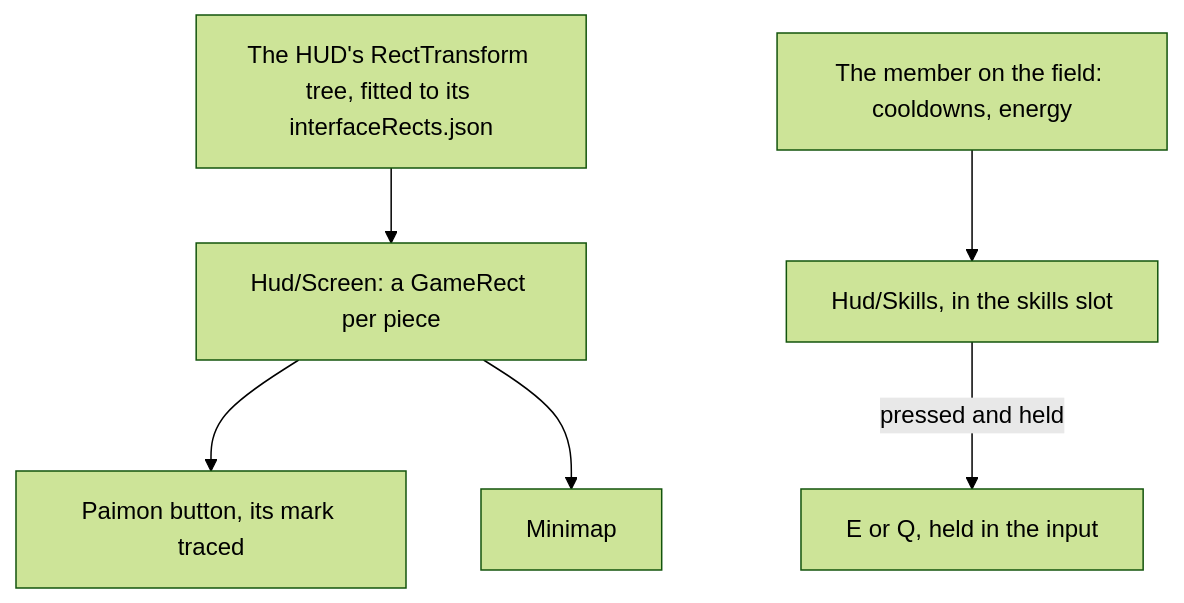
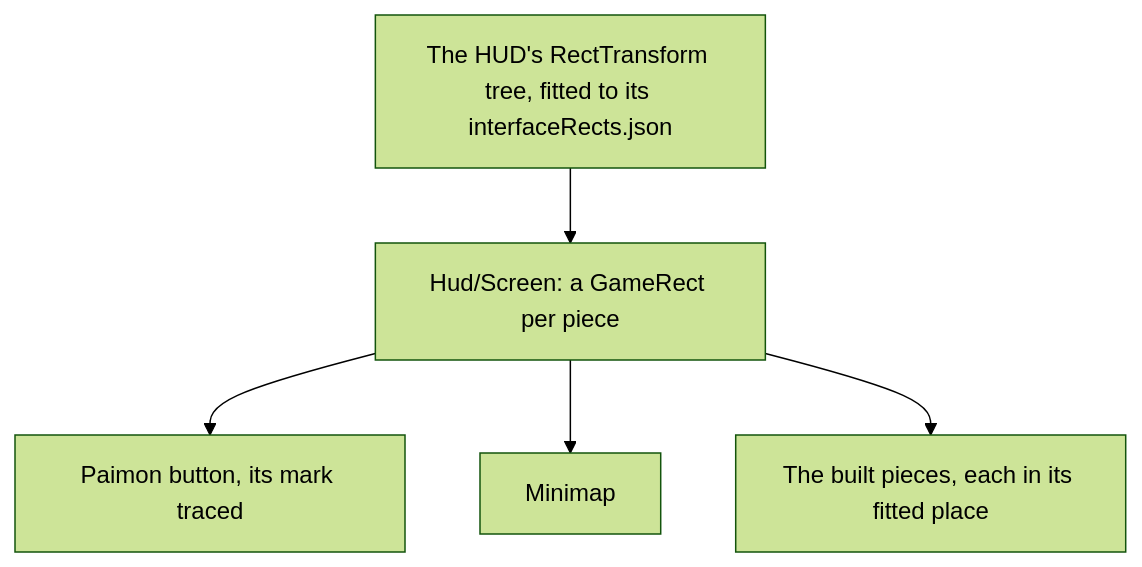
Before and after one commit to Esposter/Esposter: the diagram in apps/web/content/docs/proposals/genshin/hud.md, drawn with Mermaid (forest theme). The commit also changed other lines of this file and 10 other files, not shown here.

Commit message:
docs(genshin): the fight is as built on combat, enemies, the character controller, party and the HUD, its decisions moved there from the character kits and HUD proposals, which keep only what is unbuilt

````diff
--- a/apps/web/content/docs/proposals/genshin/hud.md
+++ b/apps/web/content/docs/proposals/genshin/hud.md
@@ -20,8 +19,7 @@
 ```mermaid
 flowchart TD
   TREE["The HUD's RectTransform tree, fitted to its interfaceRects.json"] --> SCR["Hud/Screen: a GameRect per piece"]
   SCR --> PB["Paimon button, its mark traced"]
   SCR --> MM["Minimap"]
-  FIELD["The member on the field: cooldowns, energy"] --> SK["Hud/Skills, in the skills slot"]
-  SK -->|"pressed and held"| EQ["E or Q, held in the input"]
+  SCR --> PIECES["The built pieces, each in its fitted place"]
 ```
````
